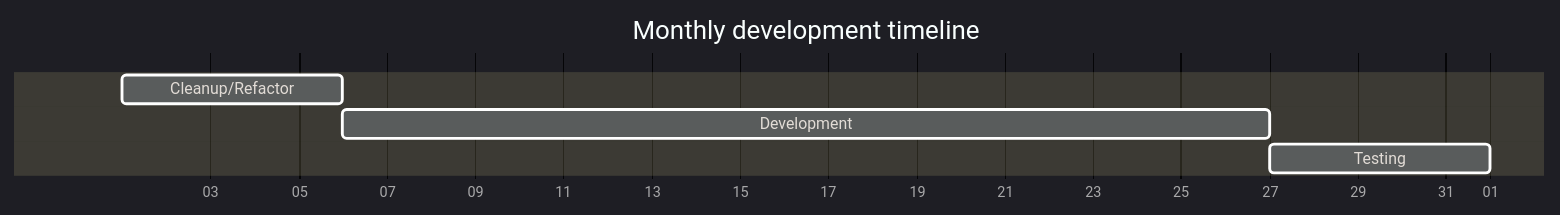
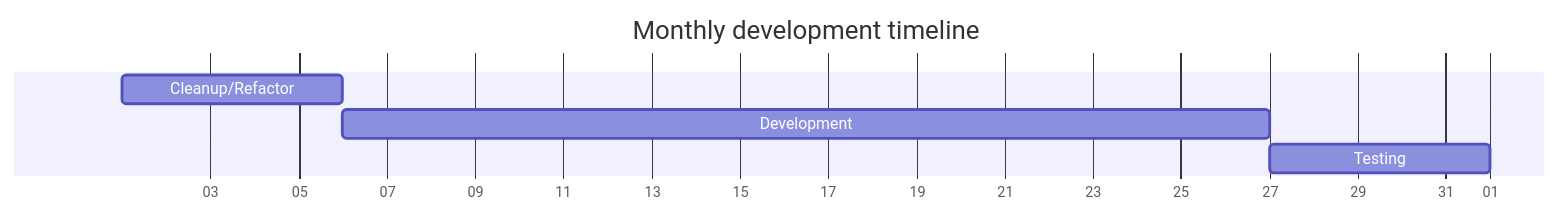
The third of 3 diagrams in README_development.md (spectrum-health-systems/Abatab), drawn with Mermaid before and after one commit.

````diff
--- a/README_development.md
+++ b/README_development.md
@@ -99,10 +99,9 @@
 ```mermaid
-%%{init: {'theme':'dark'}}%%
 gantt
   title Monthly development timeline
   dateFormat X
   axisFormat %d
   Cleanup/Refactor  : 1, 5d
   Development   : 21d
   Testing   : 5d
 ```
````
